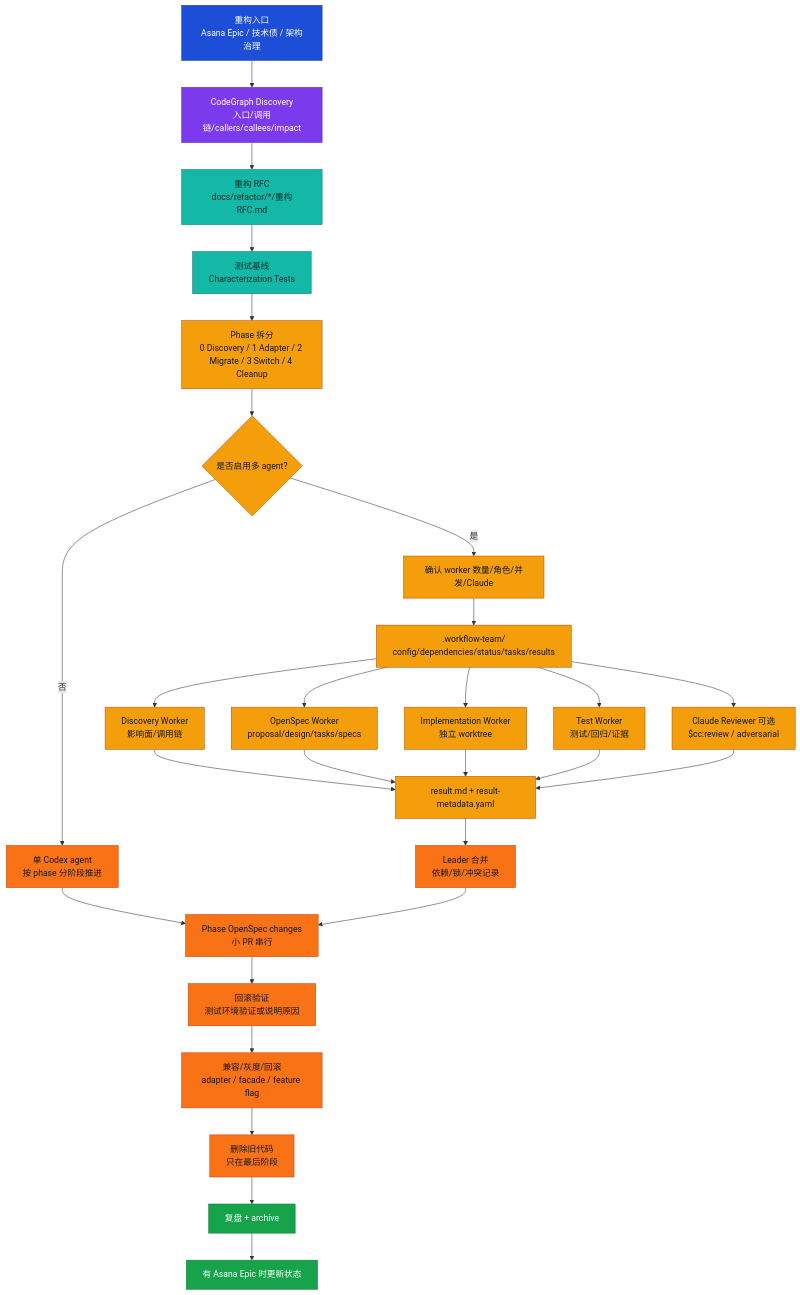
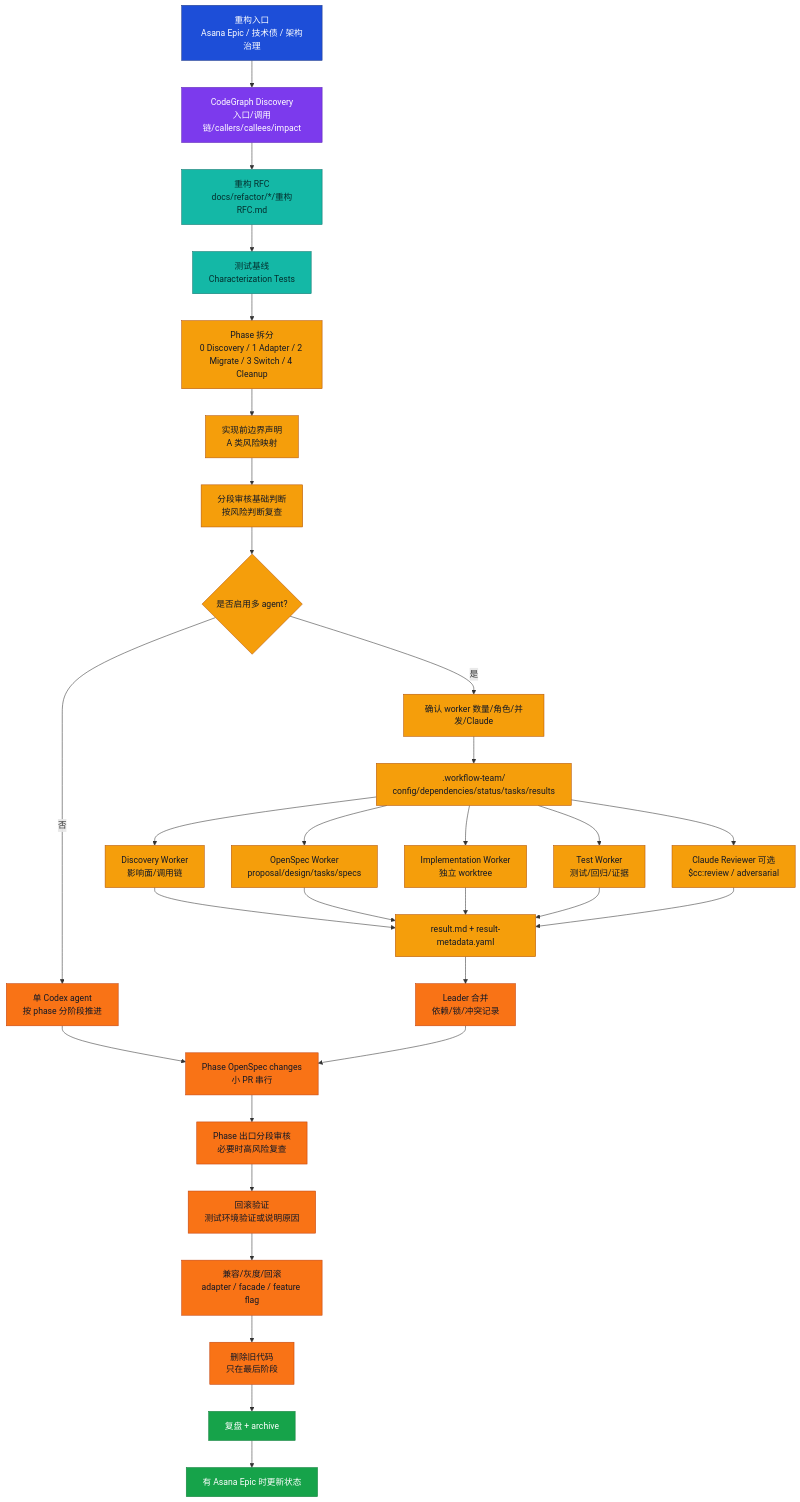
The third of 4 diagrams in 流程图.md (guobang1998/asana-openspec-java-workflow), drawn with Mermaid before and after one commit. The commit also changed other lines of this file and 15 other files, not shown here.

````diff
--- a/流程图.md
+++ b/流程图.md
@@ -99,46 +104,49 @@
 ```mermaid
 flowchart TB
   A["重构入口<br/>Asana Epic / 技术债 / 架构治理"] --> B["CodeGraph Discovery<br/>入口/调用链/callers/callees/impact"]
   B --> C["重构 RFC<br/>docs/refactor/*/重构RFC.md"]
   C --> D["测试基线<br/>Characterization Tests"]
   D --> E["Phase 拆分<br/>0 Discovery / 1 Adapter / 2 Migrate / 3 Switch / 4 Cleanup"]
-  E --> E1{"是否启用多 agent?"}
+  E --> E0["实现前边界声明<br/>A 类风险映射"]
+  E0 --> E01["分段审核基础判断<br/>按风险判断复查"]
+  E01 --> E1{"是否启用多 agent?"}
   E1 -- "否" --> S["单 Codex agent<br/>按 phase 分阶段推进"]
   E1 -- "是" --> E2["确认 worker 数量/角色/并发/Claude"]
   E2 --> T[".workflow-team/<change-id><br/>config/dependencies/status/tasks/results"]
 
   T --> W1["Discovery Worker<br/>影响面/调用链"]
   T --> W2["OpenSpec Worker<br/>proposal/design/tasks/specs"]
   T --> W3["Implementation Worker<br/>独立 worktree"]
   T --> W4["Test Worker<br/>测试/回归/证据"]
   T --> W5["Claude Reviewer 可选<br/>$cc:review / adversarial"]
 
   W1 --> J["result.md + result-metadata.yaml"]
   W2 --> J
   W3 --> J
   W4 --> J
   W5 --> J
 
   S --> P1["Phase OpenSpec changes<br/>小 PR 串行"]
   J --> K["Leader 合并<br/>依赖/锁/冲突记录"]
   K --> P1
-  P1 --> K1["回滚验证<br/>测试环境验证或说明原因"]
+  P1 --> P2["Phase 出口分段审核<br/>必要时高风险复查"]
+  P2 --> K1["回滚验证<br/>测试环境验证或说明原因"]
   K1 --> L["兼容/灰度/回滚<br/>adapter / facade / feature flag"]
   L --> M["删除旧代码<br/>只在最后阶段"]
   M --> N["复盘 + archive"]
   N --> O["有 Asana Epic 时更新状态"]
 
   classDef epic fill:#1d4ed8,color:#fff,stroke:#1e3a8a;
   classDef discover fill:#7c3aed,color:#fff,stroke:#5b21b6;
   classDef rfc fill:#14b8a6,color:#042f2e,stroke:#0f766e;
   classDef phase fill:#f59e0b,color:#111827,stroke:#b45309;
   classDef pr fill:#f97316,color:#111827,stroke:#c2410c;
   classDef done fill:#16a34a,color:#fff,stroke:#15803d;
 
   class A epic;
   class B discover;
   class C,D rfc;
-  class E,E1,E2,T,W1,W2,W3,W4,W5,J phase;
-  class S,P1,K,K1,L,M pr;
+  class E,E0,E01,E1,E2,T,W1,W2,W3,W4,W5,J phase;
+  class S,P1,P2,K,K1,L,M pr;
   class N,O done;
 ```
````
